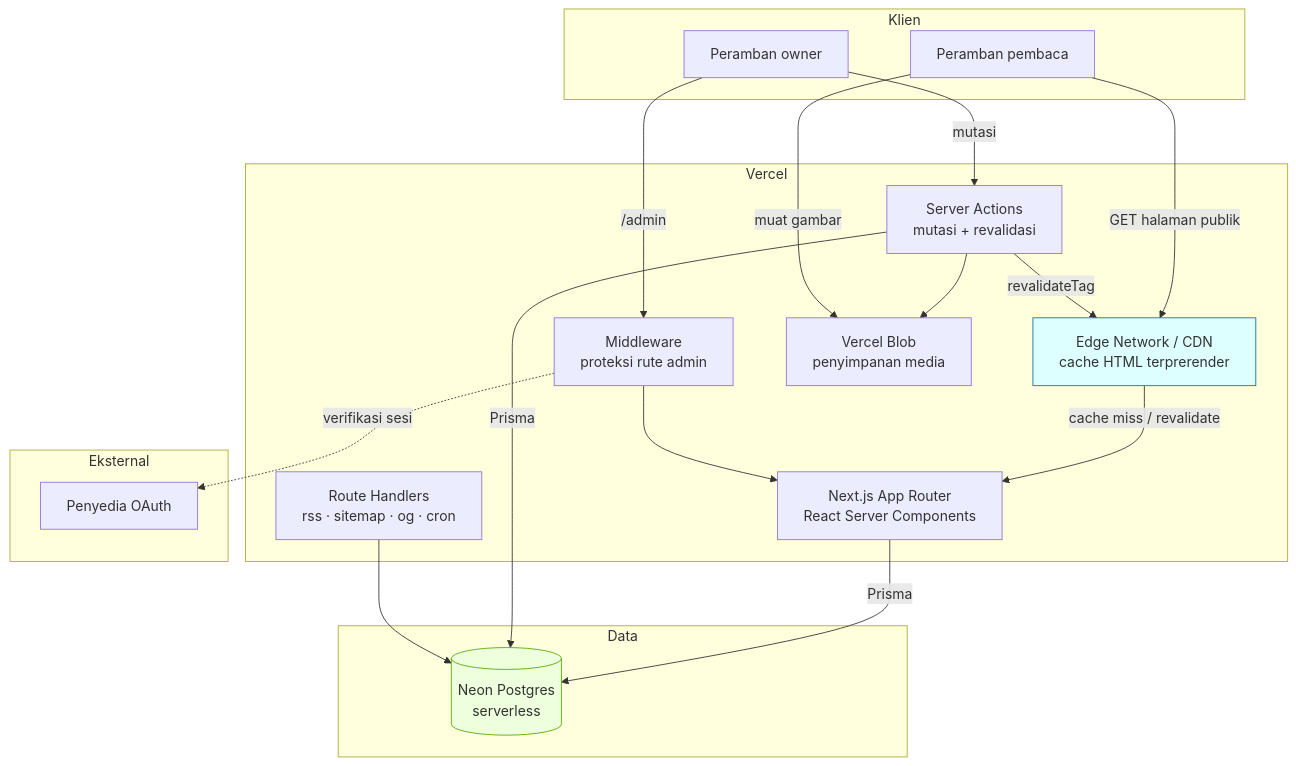
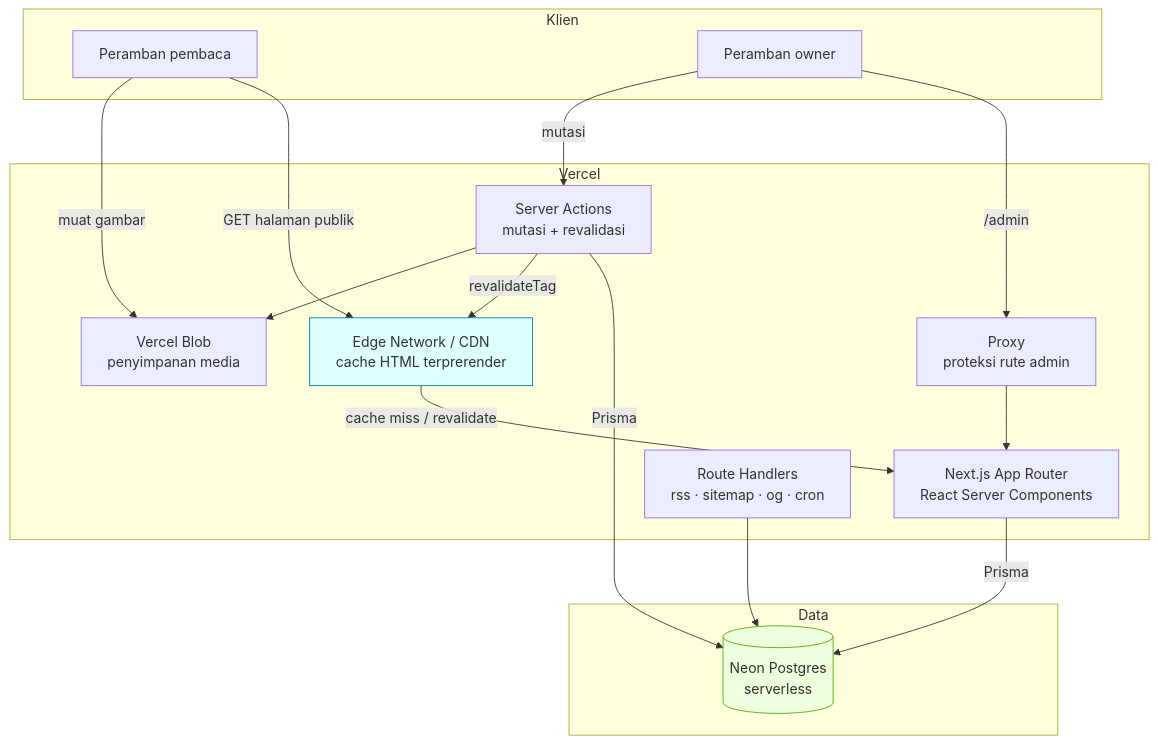
The first of 4 diagrams in docs/TRD.md (reyfuu/blogspot), drawn with Mermaid before and after one commit. The commit also changed other lines of this file and 15 other files, not shown here.

````diff
--- a/docs/TRD.md
+++ b/docs/TRD.md
@@ -47,39 +47,34 @@
 ```mermaid
 flowchart TB
     subgraph CLIENT["Klien"]
         BR["Peramban pembaca"]
         OW["Peramban owner"]
     end
 
     subgraph VERCEL["Vercel"]
         CDN["Edge Network / CDN<br/>cache HTML terprerender"]
-        MW["Middleware<br/>proteksi rute admin"]
+        MW["Proxy<br/>proteksi rute admin"]
         RSC["Next.js App Router<br/>React Server Components"]
         SA["Server Actions<br/>mutasi + revalidasi"]
         RH["Route Handlers<br/>rss · sitemap · og · cron"]
         BLOB["Vercel Blob<br/>penyimpanan media"]
     end
 
     subgraph DATA["Data"]
         NEON[("Neon Postgres<br/>serverless")]
-    end
-
-    subgraph EXT["Eksternal"]
-        OAUTH["Penyedia OAuth"]
     end
 
     BR -->|"GET halaman publik"| CDN
     CDN -->|"cache miss / revalidate"| RSC
     OW -->|"/admin"| MW --> RSC
     OW -->|"mutasi"| SA
     RSC -->|"Prisma"| NEON
     SA -->|"Prisma"| NEON
     SA -->|"revalidateTag"| CDN
     RH --> NEON
     SA --> BLOB
     BR -->|"muat gambar"| BLOB
-    MW -.verifikasi sesi.-> OAUTH
 
     style CDN fill:#dff,stroke:#07a
     style NEON fill:#efd,stroke:#5a0
 ```
````
